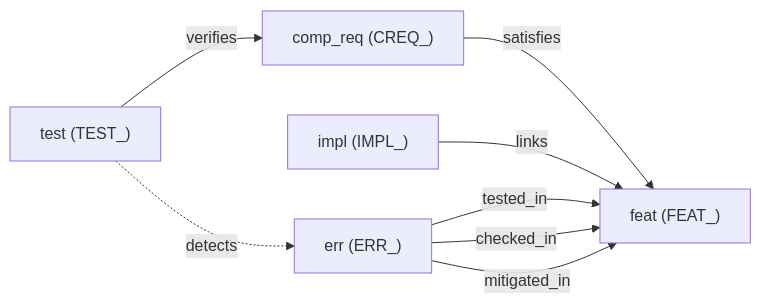
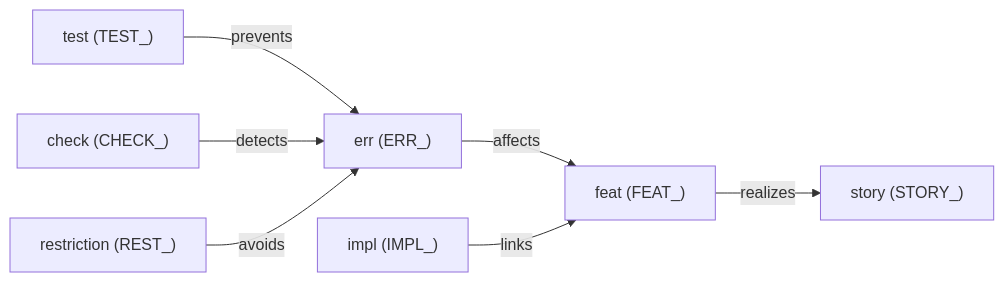
One commit to useblocks/sphinx-mounts changed the diagram in docs/source/specs/traceability.rst. Above: the diagram before and after it, drawn with Mermaid. The commit also changed other lines of this file and 19 other files, not shown here.

```diff
--- a/docs/source/specs/traceability.rst
+++ b/docs/source/specs/traceability.rst
@@ -12,16 +12,17 @@
 .. mermaid::
 
    flowchart LR
        test["test (TEST_)"]
-       creq["comp_req (CREQ_)"]
+       check["check (CHECK_)"]
+       rest["restriction (REST_)"]
+       err["err (ERR_)"]
        feat["feat (FEAT_)"]
-       err["err (ERR_)"]
+       story["story (STORY_)"]
        impl["impl (IMPL_)"]
 
-       test -->|verifies| creq
-       test -.->|detects| err
-       creq -->|satisfies| feat
+       test -->|prevents| err
+       check -->|detects| err
+       rest -->|avoids| err
+       err -->|affects| feat
+       feat -->|realizes| story
        impl -->|links| feat
-       err -->|tested_in| feat
-       err -->|checked_in| feat
-       err -->|mitigated_in| feat
```
